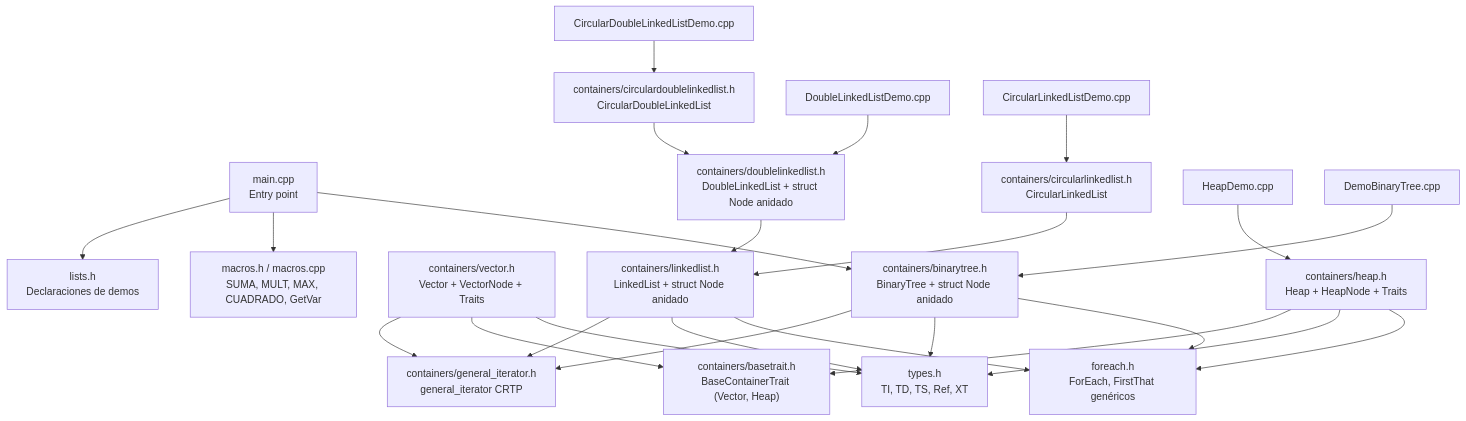
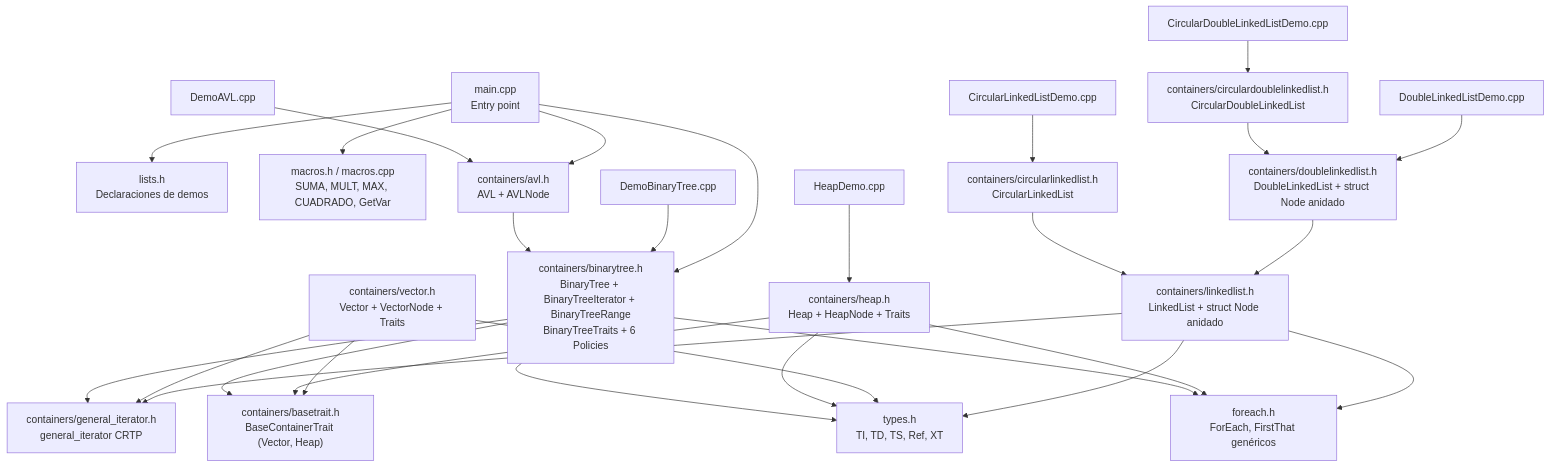
The eighth of 10 diagrams in README.md (Camilo-vinatea/2026-I-MCC001-AED), drawn with Mermaid before and after one commit. The commit also changed other lines of this file and 9 other files, not shown here.

Commit message:
avl reusando insertar de binarytree

````diff
--- a/README.md
+++ b/README.md
@@ -400,49 +448,55 @@
 ```mermaid
 graph TD
     main["main.cpp<br/>Entry point"]
     lists["lists.h<br/>Declaraciones de demos"]
     types["types.h<br/>TI, TD, TS, Ref, XT"]
     macros["macros.h / macros.cpp<br/>SUMA, MULT, MAX, CUADRADO, GetVar"]
     foreach["foreach.h<br/>ForEach, FirstThat genéricos"]
     basetrait["containers/basetrait.h<br/>BaseContainerTrait (Vector, Heap)"]
     geniter["containers/general_iterator.h<br/>general_iterator CRTP"]
     vector["containers/vector.h<br/>Vector + VectorNode + Traits"]
     ll["containers/linkedlist.h<br/>LinkedList + struct Node anidado"]
     dll["containers/doublelinkedlist.h<br/>DoubleLinkedList + struct Node anidado"]
     cll["containers/circularlinkedlist.h<br/>CircularLinkedList"]
     cdll["containers/circulardoublelinkedlist.h<br/>CircularDoubleLinkedList"]
     heap["containers/heap.h<br/>Heap + HeapNode + Traits"]
-    bt["containers/binarytree.h<br/>BinaryTree + struct Node anidado"]
+    bt["containers/binarytree.h<br/>BinaryTree + BinaryTreeIterator + BinaryTreeRange<br/>BinaryTreeTraits + 6 Policies"]
+    avl["containers/avl.h<br/>AVL + AVLNode"]
 
     DemoLL["DoubleLinkedListDemo.cpp"]
     DemoCLL["CircularLinkedListDemo.cpp"]
     DemoCDLL["CircularDoubleLinkedListDemo.cpp"]
     DemoHeap["HeapDemo.cpp"]
     DemoBT["DemoBinaryTree.cpp"]
+    DemoAVL["DemoAVL.cpp"]
 
     main --> lists
     main --> macros
     main --> bt
+    main --> avl
     DemoLL --> dll
     DemoCLL --> cll
     DemoCDLL --> cdll
     DemoHeap --> heap
     DemoBT --> bt
+    DemoAVL --> avl
 
     dll --> ll
     cll --> ll
     cdll --> dll
+    avl --> bt
 
     ll --> geniter
     ll --> types
     ll --> foreach
     vector --> geniter
     vector --> basetrait
     vector --> types
     heap --> basetrait
     heap --> types
     heap --> foreach
     bt --> geniter
     bt --> types
     bt --> foreach
+    bt --> basetrait
 ```
````
